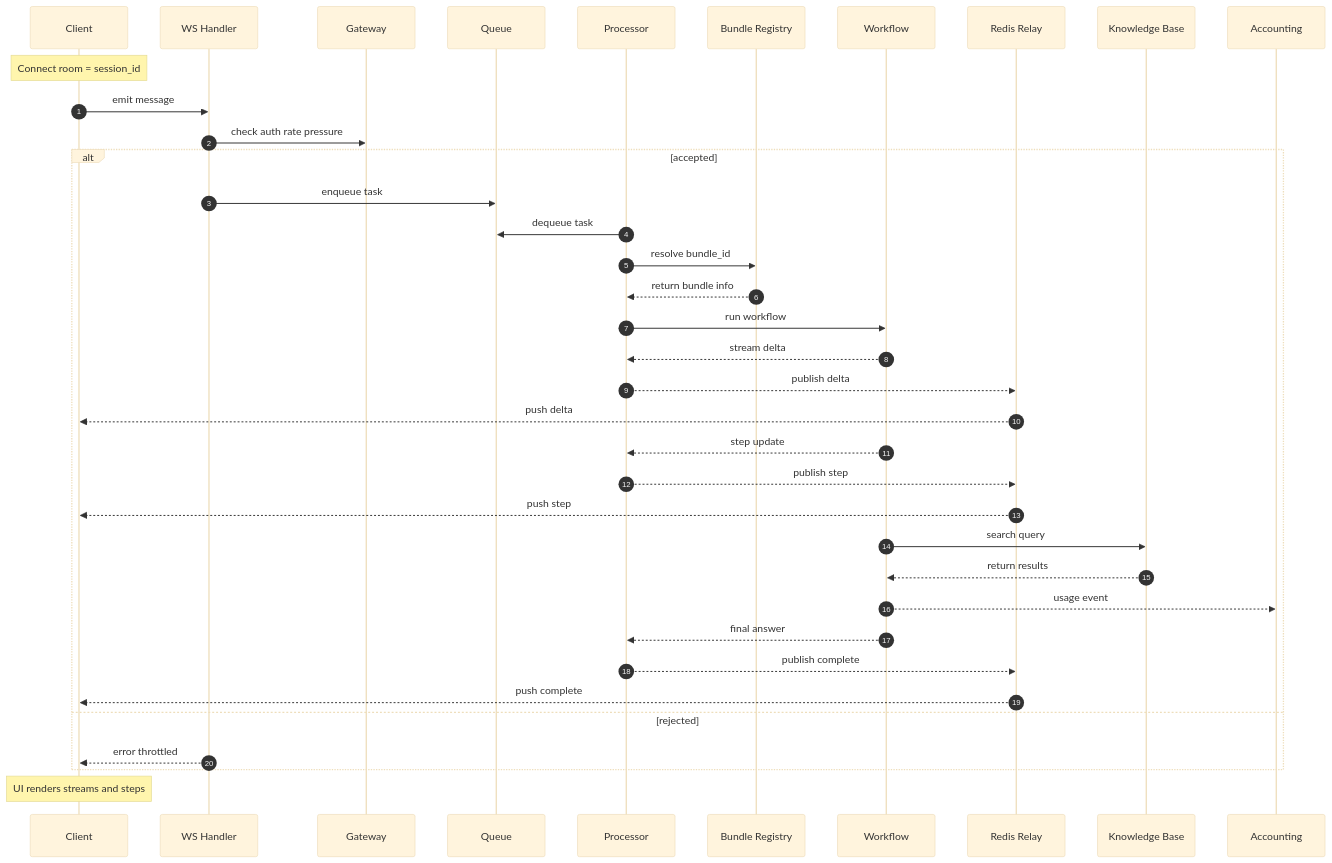
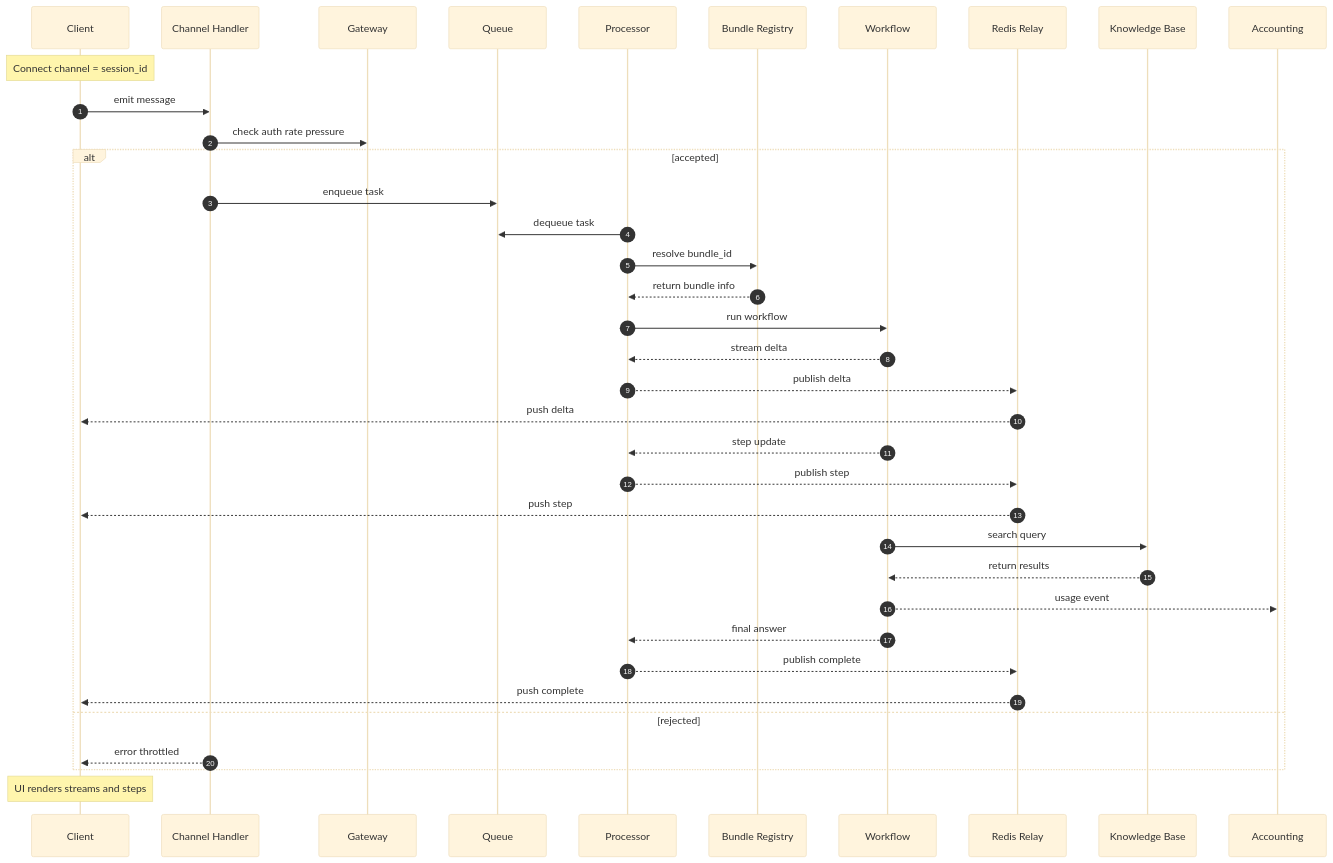
One commit to elenaviter/kdcube-ai-app changed the first of 2 diagrams in app/ai-app/services/kdcube-ai-app/kdcube_ai_app/infra/plugin/README.md. Above: the diagram before and after it, drawn with Mermaid (base theme). The commit also changed other lines of this file and 70 other files, not shown here.

````diff
--- a/app/ai-app/services/kdcube-ai-app/kdcube_ai_app/infra/plugin/README.md
+++ b/app/ai-app/services/kdcube-ai-app/kdcube_ai_app/infra/plugin/README.md
@@ -315,47 +431,47 @@
 ```mermaid
 sequenceDiagram
     autonumber
     participant UI as Client
-    participant WS as WS Handler
+    participant CH as Channel Handler
     participant GW as Gateway
     participant Q as Queue
     participant P as Processor
     participant REG as Bundle Registry
     participant WF as Workflow
     participant R as Redis Relay
     participant KB as Knowledge Base
     participant AC as Accounting
 
-    Note over UI: Connect room = session_id
-    UI->>WS: emit message
-    WS->>GW: check auth rate pressure
+    Note over UI: Connect channel = session_id
+    UI->>CH: emit message
+    CH->>GW: check auth rate pressure
 
     alt accepted
-        WS->>Q: enqueue task
+        CH->>Q: enqueue task
         P->>Q: dequeue task
         P->>REG: resolve bundle_id
         REG-->>P: return bundle info
         P->>WF: run workflow
 
         WF-->>P: stream delta
         P-->>R: publish delta
         R-->>UI: push delta
 
         WF-->>P: step update
         P-->>R: publish step
         R-->>UI: push step
 
         WF->>KB: search query
         KB-->>WF: return results
 
         WF-->>AC: usage event
 
         WF-->>P: final answer
         P-->>R: publish complete
         R-->>UI: push complete
     else rejected
-        WS-->>UI: error throttled
+        CH-->>UI: error throttled
     end
 
     Note over UI: UI renders streams and steps
 ```
````
